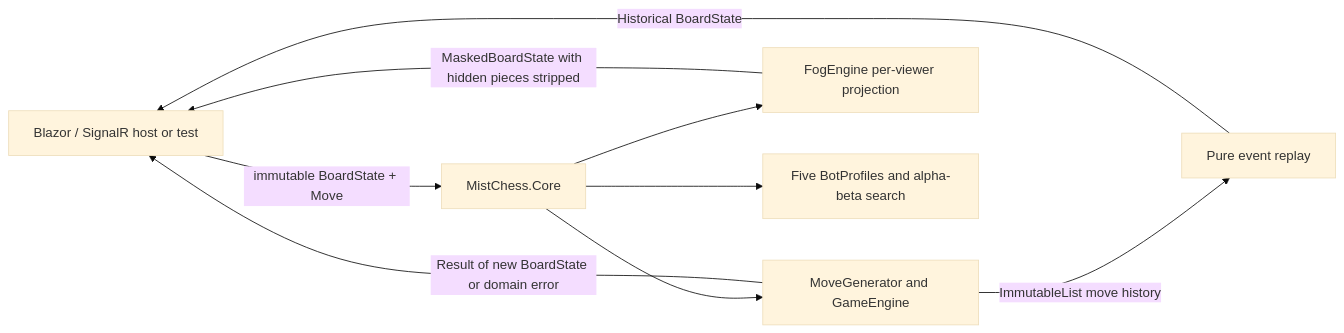
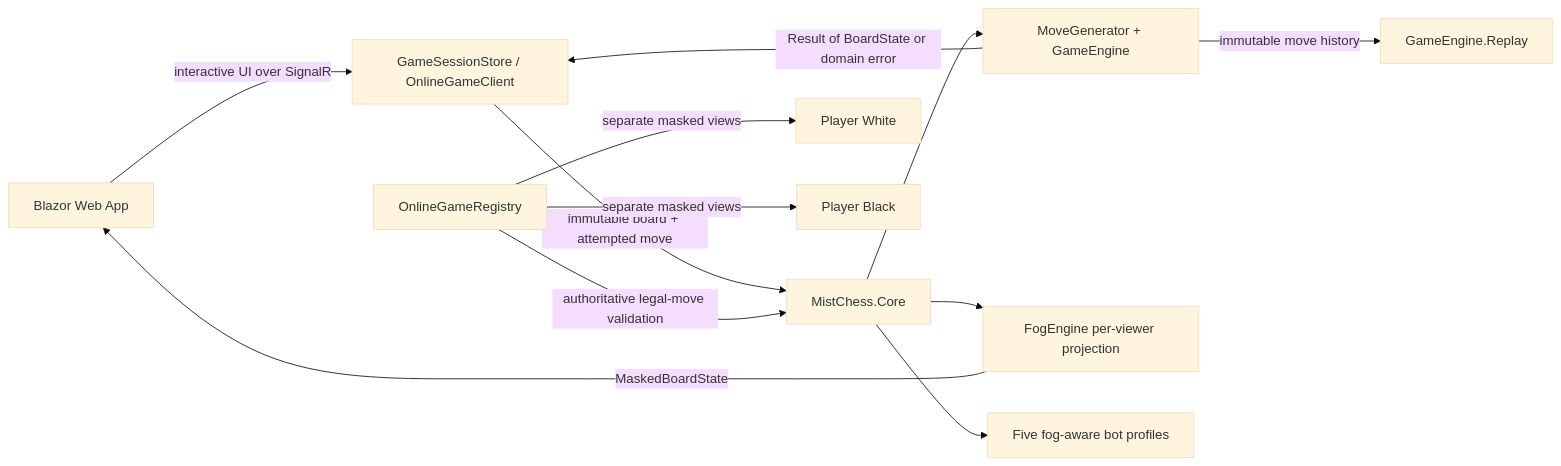
The diagram in README.md (dosiks2028/mistchess-fog-of-war), drawn with Mermaid (base theme) before and after one commit. The commit also changed other lines of this file and 29 other files, not shown here.

Commit message:
Complete MistChess playable web app

````diff
--- a/README.md
+++ b/README.md
@@ -28,11 +36,14 @@
 ```mermaid
 flowchart LR
-    Caller[Blazor / SignalR host or test] -->|immutable BoardState + Move| Core[MistChess.Core]
-    Core --> Rules[MoveGenerator and GameEngine]
+    Browser[Blazor Web App] -->|interactive UI over SignalR| Session[GameSessionStore / OnlineGameClient]
+    Session -->|immutable board + attempted move| Core[MistChess.Core]
+    Core --> Rules[MoveGenerator + GameEngine]
     Core --> Fog[FogEngine per-viewer projection]
-    Core --> Bots[Five BotProfiles and alpha-beta search]
-    Rules -->|Result of new BoardState or domain error| Caller
-    Fog -->|MaskedBoardState with hidden pieces stripped| Caller
-    Rules -->|ImmutableList move history| Replay[Pure event replay]
-    Replay -->|Historical BoardState| Caller
+    Core --> Bots[Five fog-aware bot profiles]
+    Rules -->|Result of BoardState or domain error| Session
+    Fog -->|MaskedBoardState| Browser
+    Registry[OnlineGameRegistry] -->|separate masked views| OnlineA[Player White]
+    Registry -->|separate masked views| OnlineB[Player Black]
+    Registry -->|authoritative legal-move validation| Core
+    Rules -->|immutable move history| Replay[GameEngine.Replay]
 ```
````
